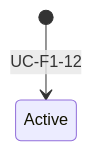
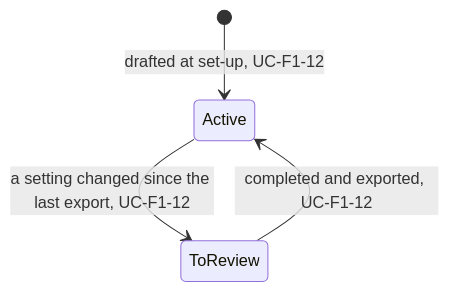
One commit to gpbcom/SimpleERP changed the diagram in docs/specs/02-functional/f01-administration/data/e-f01-22-record-of-processing-activities.md. Above: the diagram before and after it, drawn with Mermaid. The commit also changed other lines of this file and 8816 other files, not shown here.

````diff
--- a/docs/specs/02-functional/f01-administration/data/e-f01-22-record-of-processing-activities.md
+++ b/docs/specs/02-functional/f01-administration/data/e-f01-22-record-of-processing-activities.md
@@ -25,4 +50,6 @@
 ```mermaid
 stateDiagram-v2
-  [*] --> Active : UC-F1-12
+  [*] --> Active : drafted at set-up, UC-F1-12
+  Active --> ToReview : a setting changed since the last export, UC-F1-12
+  ToReview --> Active : completed and exported, UC-F1-12
 ```
````
